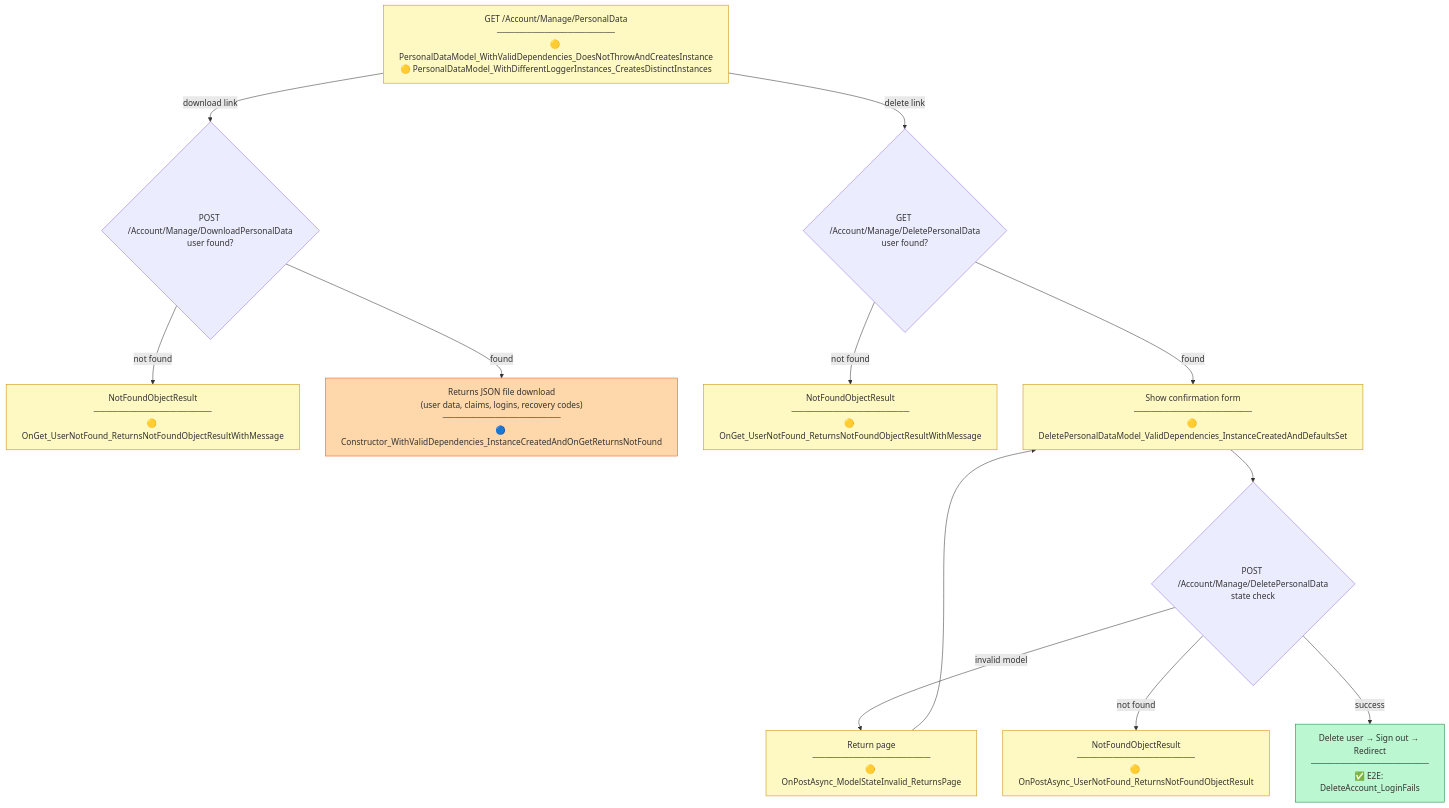
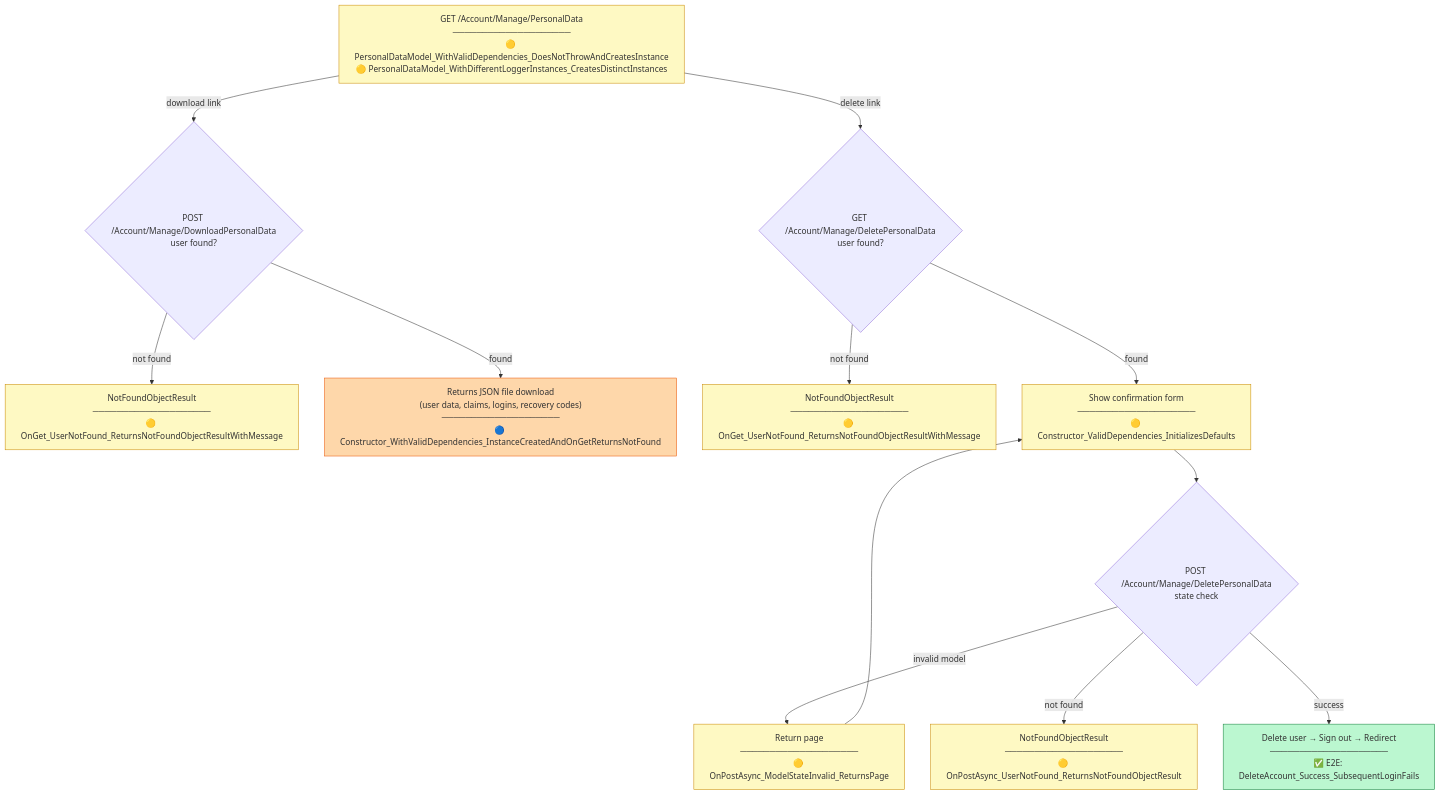
Before and after one commit to crgolden/Identity: diagram 12 of 16 in TESTING.md, drawn with Mermaid. The commit also changed other lines of this file and 54 other files, not shown here.

````diff
--- a/TESTING.md
+++ b/TESTING.md
@@ -894,40 +894,40 @@
 ```mermaid
 flowchart TD
     classDef covered fill:#bbf7d0,stroke:#15803d
     classDef unitOnly fill:#fef9c3,stroke:#ca8a04
     classDef partial fill:#fed7aa,stroke:#ea580c
 
     PersonalDataGET["GET /Account/Manage/PersonalData\n────────────────────\n🟡 PersonalDataModel_WithValidDependencies_DoesNotThrowAndCreatesInstance\n🟡 PersonalDataModel_WithDifferentLoggerInstances_CreatesDistinctInstances"]:::unitOnly
 
     DownloadPOST{"POST /Account/Manage/DownloadPersonalData\nuser found?"}
 
     DownloadNotFound["NotFoundObjectResult\n────────────────────\n🟡 OnGet_UserNotFound_ReturnsNotFoundObjectResultWithMessage"]:::unitOnly
 
     DownloadSuccess["Returns JSON file download\n(user data, claims, logins, recovery codes)\n────────────────────\n🔵 Constructor_WithValidDependencies_InstanceCreatedAndOnGetReturnsNotFound"]:::partial
 
     DeleteGET{"GET /Account/Manage/DeletePersonalData\nuser found?"}
 
     DeleteGetNotFound["NotFoundObjectResult\n────────────────────\n🟡 OnGet_UserNotFound_ReturnsNotFoundObjectResultWithMessage"]:::unitOnly
 
-    DeleteForm["Show confirmation form\n────────────────────\n🟡 DeletePersonalDataModel_ValidDependencies_InstanceCreatedAndDefaultsSet"]:::unitOnly
+    DeleteForm["Show confirmation form\n────────────────────\n🟡 Constructor_ValidDependencies_InitializesDefaults"]:::unitOnly
 
     DeletePOST{"POST /Account/Manage/DeletePersonalData\nstate check"}
 
     DeleteModelInvalid["Return page\n────────────────────\n🟡 OnPostAsync_ModelStateInvalid_ReturnsPage"]:::unitOnly
 
     DeletePostNotFound["NotFoundObjectResult\n────────────────────\n🟡 OnPostAsync_UserNotFound_ReturnsNotFoundObjectResult"]:::unitOnly
 
-    DeleteSuccess["Delete user → Sign out → Redirect\n────────────────────\n✅ E2E: DeleteAccount_LoginFails"]:::covered
+    DeleteSuccess["Delete user → Sign out → Redirect\n────────────────────\n✅ E2E: DeleteAccount_Success_SubsequentLoginFails"]:::covered
 
     PersonalDataGET -->|"download link"| DownloadPOST
     PersonalDataGET -->|"delete link"| DeleteGET
     DownloadPOST -->|"not found"| DownloadNotFound
     DownloadPOST -->|"found"| DownloadSuccess
     DeleteGET -->|"not found"| DeleteGetNotFound
     DeleteGET -->|"found"| DeleteForm
     DeleteForm --> DeletePOST
     DeletePOST -->|"invalid model"| DeleteModelInvalid
     DeleteModelInvalid --> DeleteForm
     DeletePOST -->|"not found"| DeletePostNotFound
     DeletePOST -->|"success"| DeleteSuccess
 ```
````
